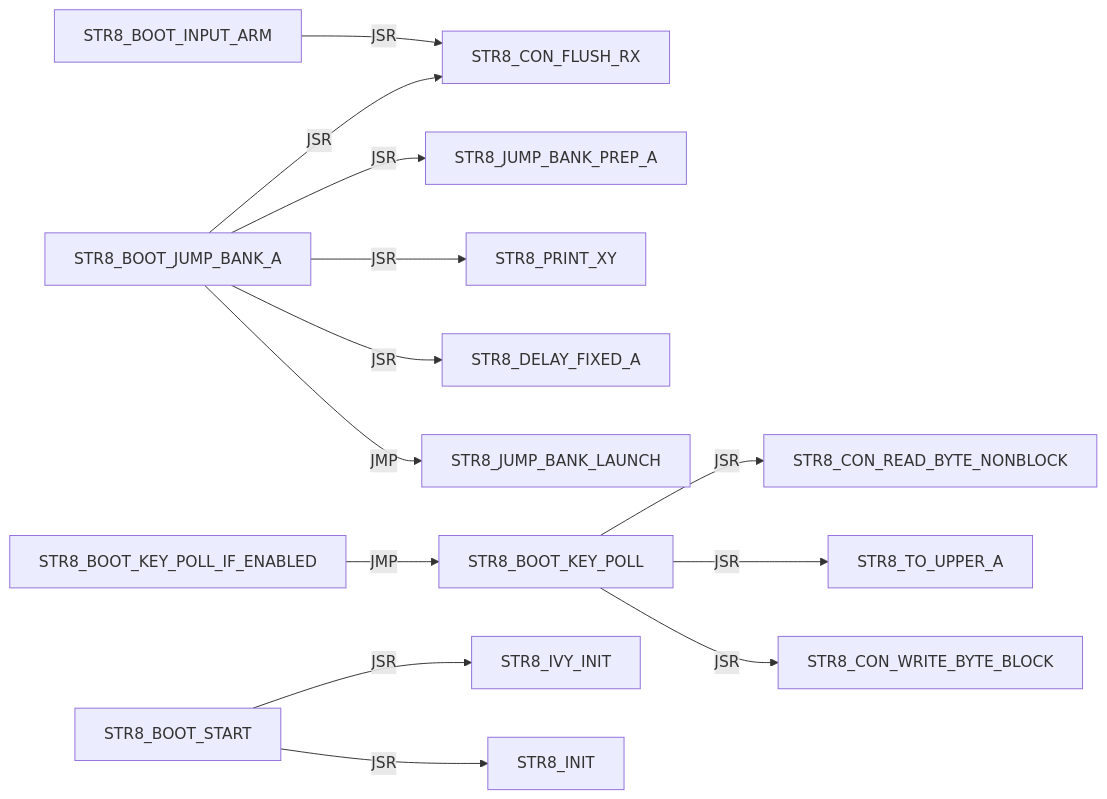
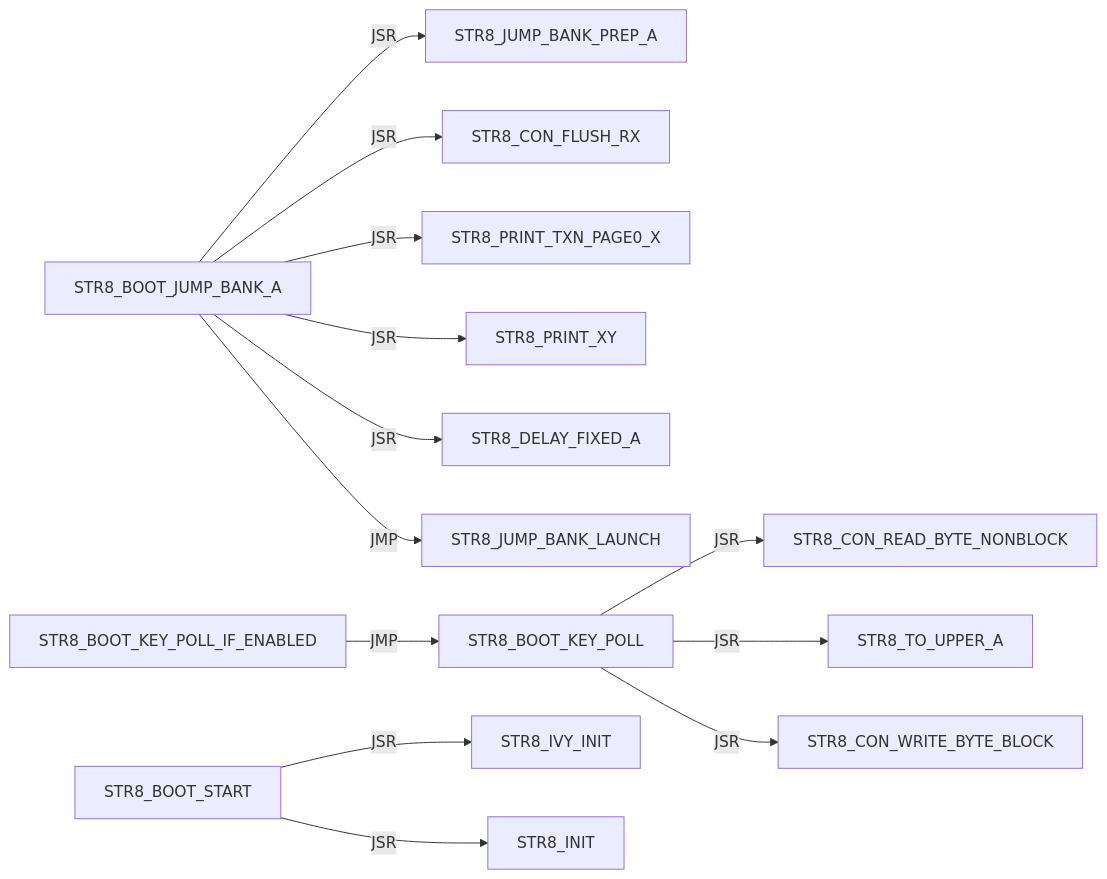
One commit to 95westus/R-YORS changed the sixth of 42 diagrams in DOC/GUIDES/STR8/STR8_EDGE_DUMP.md. Above: the diagram before and after it, drawn with Mermaid. The commit also changed other lines of this file and 33 other files, not shown here.

````diff
--- a/DOC/GUIDES/STR8/STR8_EDGE_DUMP.md
+++ b/DOC/GUIDES/STR8/STR8_EDGE_DUMP.md
@@ -115,15 +96,15 @@
 ```mermaid
 flowchart LR
-    N0["STR8_BOOT_INPUT_ARM"] -->|JSR| N1["STR8_CON_FLUSH_RX"]
-    N2["STR8_BOOT_JUMP_BANK_A"] -->|JSR| N3["STR8_JUMP_BANK_PREP_A"]
-    N2["STR8_BOOT_JUMP_BANK_A"] -->|JSR| N1["STR8_CON_FLUSH_RX"]
-    N2["STR8_BOOT_JUMP_BANK_A"] -->|JSR| N4["STR8_PRINT_XY"]
-    N2["STR8_BOOT_JUMP_BANK_A"] -->|JSR| N5["STR8_DELAY_FIXED_A"]
-    N2["STR8_BOOT_JUMP_BANK_A"] -->|JMP| N6["STR8_JUMP_BANK_LAUNCH"]
+    N0["STR8_BOOT_JUMP_BANK_A"] -->|JSR| N1["STR8_JUMP_BANK_PREP_A"]
+    N0["STR8_BOOT_JUMP_BANK_A"] -->|JSR| N2["STR8_CON_FLUSH_RX"]
+    N0["STR8_BOOT_JUMP_BANK_A"] -->|JSR| N3["STR8_PRINT_TXN_PAGE0_X"]
+    N0["STR8_BOOT_JUMP_BANK_A"] -->|JSR| N4["STR8_PRINT_XY"]
+    N0["STR8_BOOT_JUMP_BANK_A"] -->|JSR| N5["STR8_DELAY_FIXED_A"]
+    N0["STR8_BOOT_JUMP_BANK_A"] -->|JMP| N6["STR8_JUMP_BANK_LAUNCH"]
     N7["STR8_BOOT_KEY_POLL"] -->|JSR| N8["STR8_CON_READ_BYTE_NONBLOCK"]
     N7["STR8_BOOT_KEY_POLL"] -->|JSR| N9["STR8_TO_UPPER_A"]
     N7["STR8_BOOT_KEY_POLL"] -->|JSR| N10["STR8_CON_WRITE_BYTE_BLOCK"]
     N11["STR8_BOOT_KEY_POLL_IF_ENABLED"] -->|JMP| N7["STR8_BOOT_KEY_POLL"]
     N12["STR8_BOOT_START"] -->|JSR| N13["STR8_IVY_INIT"]
     N12["STR8_BOOT_START"] -->|JSR| N14["STR8_INIT"]
 ```
````
